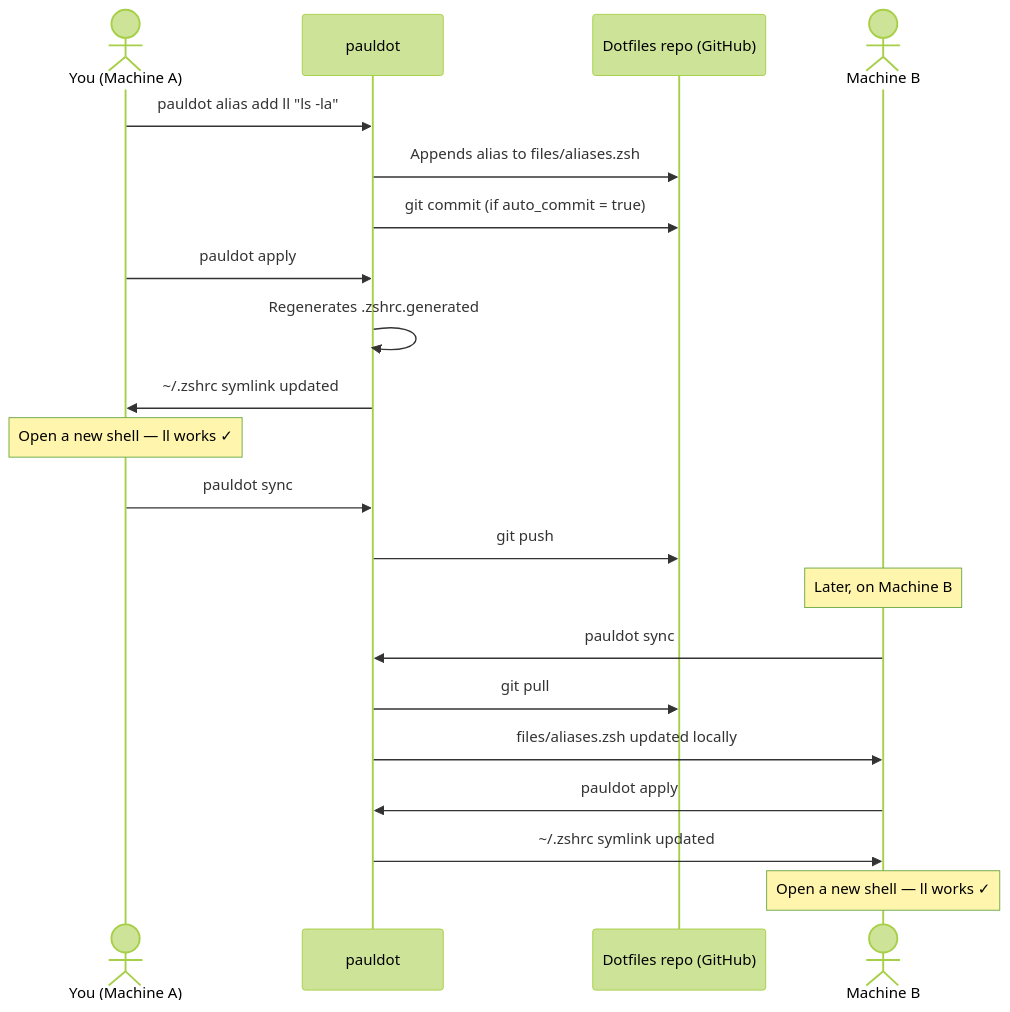
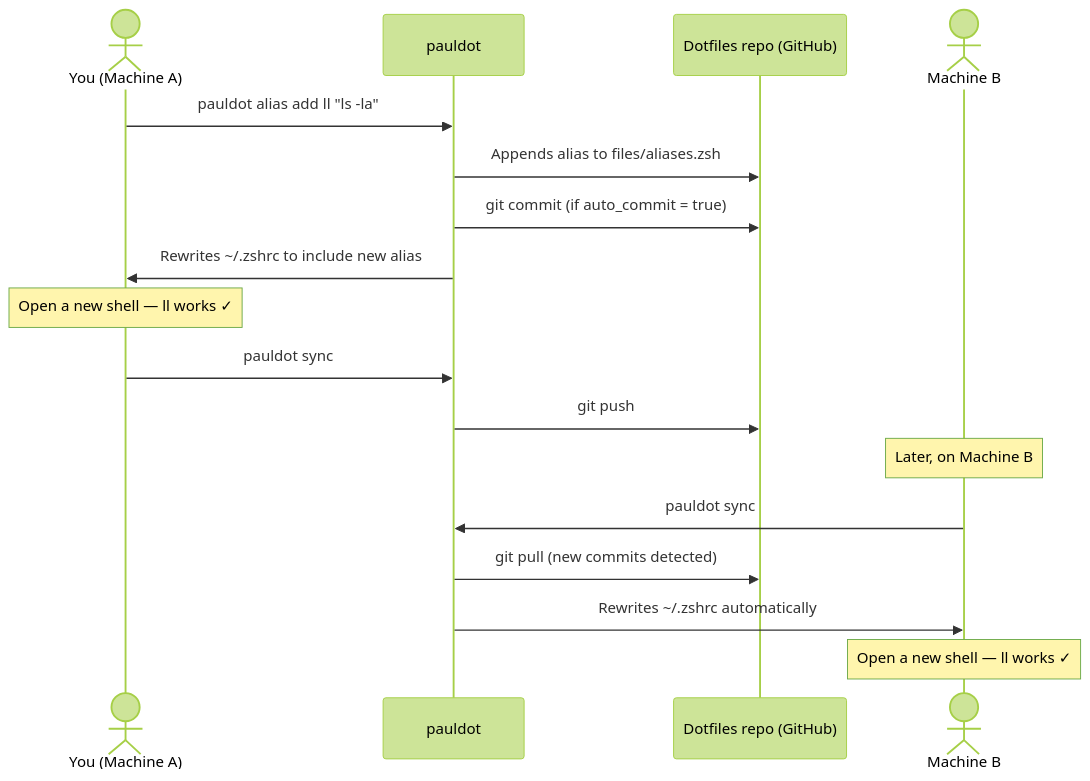
The diagram in docs/flows/aliases.md (phalt/pauldot), drawn with Mermaid (forest theme) before and after one commit. The commit also changed other lines of this file and 12 other files, not shown here.

````diff
--- a/docs/flows/aliases.md
+++ b/docs/flows/aliases.md
@@ -9,31 +9,25 @@
 ```mermaid
 sequenceDiagram
     actor U as You (Machine A)
     participant P as pauldot
     participant R as Dotfiles repo (GitHub)
     actor M as Machine B
 
     U->>P: pauldot alias add ll "ls -la"
     P->>R: Appends alias to files/aliases.zsh
     P->>R: git commit (if auto_commit = true)
-
-    U->>P: pauldot apply
-    P->>P: Regenerates .zshrc.generated
-    P->>U: ~/.zshrc symlink updated
+    P->>U: Rewrites ~/.zshrc to include new alias
 
     Note over U: Open a new shell — ll works ✓
 
     U->>P: pauldot sync
     P->>R: git push
 
     Note over M: Later, on Machine B
 
     M->>P: pauldot sync
-    P->>R: git pull
-    P->>M: files/aliases.zsh updated locally
-
-    M->>P: pauldot apply
-    P->>M: ~/.zshrc symlink updated
+    P->>R: git pull (new commits detected)
+    P->>M: Rewrites ~/.zshrc automatically
 
     Note over M: Open a new shell — ll works ✓
 ```
````
